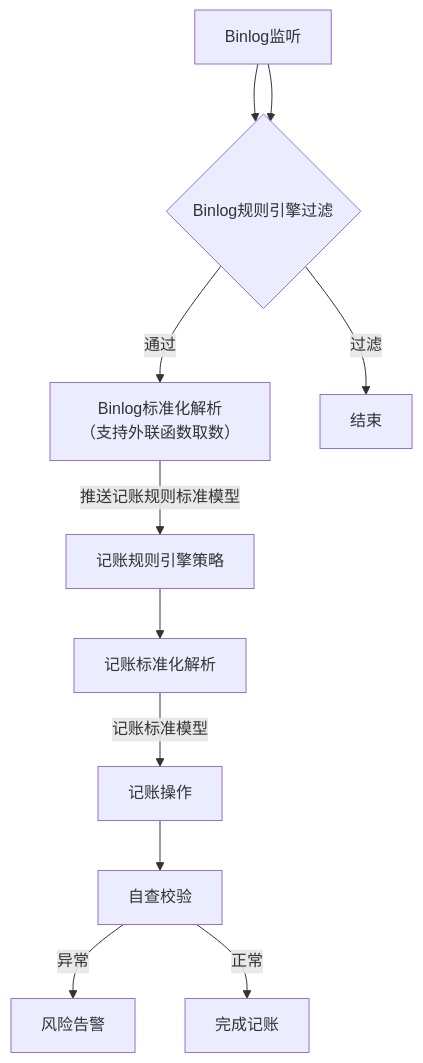
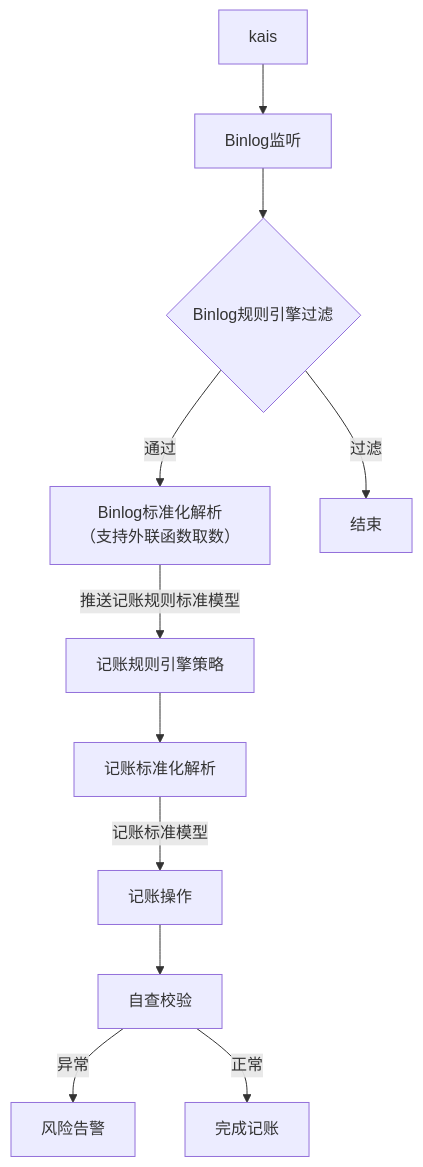
One commit to 87828943/iodraw-files changed the diagram in all/记账架构流程图.md. Above: the diagram before and after it, drawn with Mermaid.

Commit message:
2025-07-07 14:53:42 update

````diff
--- a/all/记账架构流程图.md
+++ b/all/记账架构流程图.md
@@ -1,14 +1,14 @@
 ```mermaid
 graph TD
-    A[Binlog监听] --> B{Binlog规则引擎过滤}
+    Z[kais] --> A{Binlog规则引擎过滤}
     A[Binlog监听] --> B{Binlog规则引擎过滤}
     B -->|通过| C[Binlog标准化解析
     （支持外联函数取数）]
     B -->|过滤| K[结束]
     C --> |推送记账规则标准模型|D[记账规则引擎策略]
     D --> E[记账标准化解析]
     E --> |记账标准模型|F[记账操作]
     F --> G[自查校验]
     G -->|异常| H[风险告警]
     G -->|正常| I[完成记账]
 ```
````
